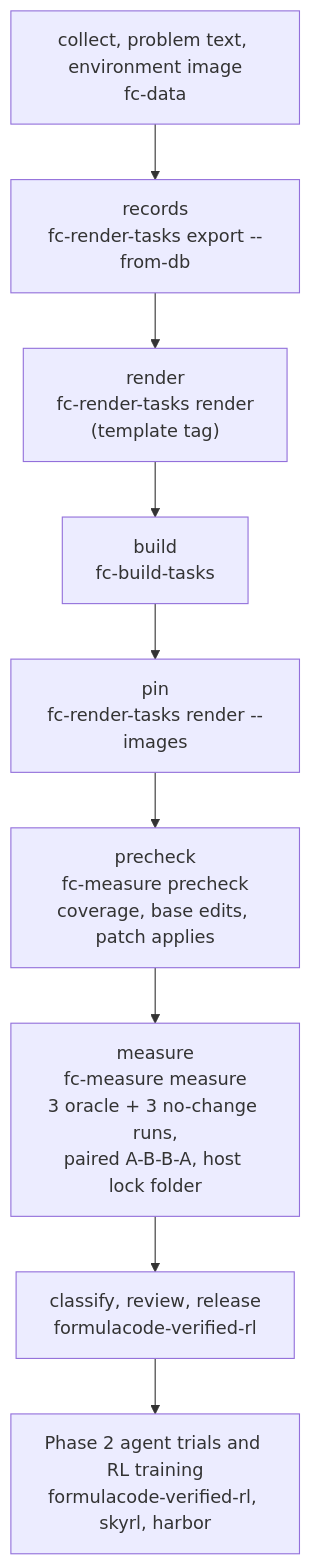
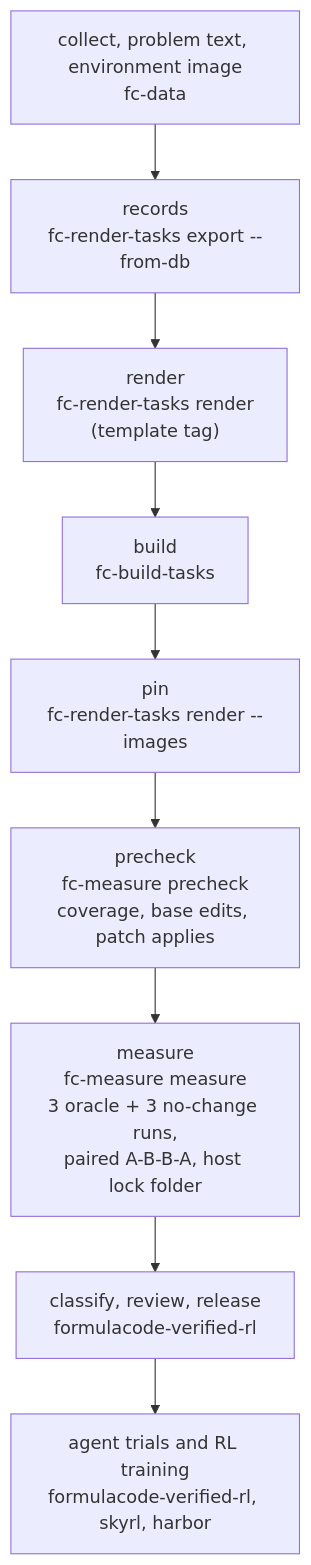
One commit to formula-code/datasmith changed the diagram in docs/OVERVIEW.md. Above: the diagram before and after it, drawn with Mermaid. The commit also changed other lines of this file and 2 other files, not shown here.

````diff
--- a/docs/OVERVIEW.md
+++ b/docs/OVERVIEW.md
@@ -17,11 +17,11 @@
 ```mermaid
 flowchart TD
     A["collect, problem text, environment image<br/>fc-data"] --> B["records<br/>fc-render-tasks export --from-db"]
     B --> C["render<br/>fc-render-tasks render<br/>(template tag)"]
     C --> D["build<br/>fc-build-tasks"]
     D --> E["pin<br/>fc-render-tasks render --images"]
     E --> F["precheck<br/>fc-measure precheck<br/>coverage, base edits, patch applies"]
     F --> G["measure<br/>fc-measure measure<br/>3 oracle + 3 no-change runs,<br/>paired A-B-B-A, host lock folder"]
     G --> H["classify, review, release<br/>formulacode-verified-rl"]
-    H --> I["Phase 2 agent trials and RL training<br/>formulacode-verified-rl, skyrl, harbor"]
+    H --> I["agent trials and RL training<br/>formulacode-verified-rl, skyrl, harbor"]
 ```
````
